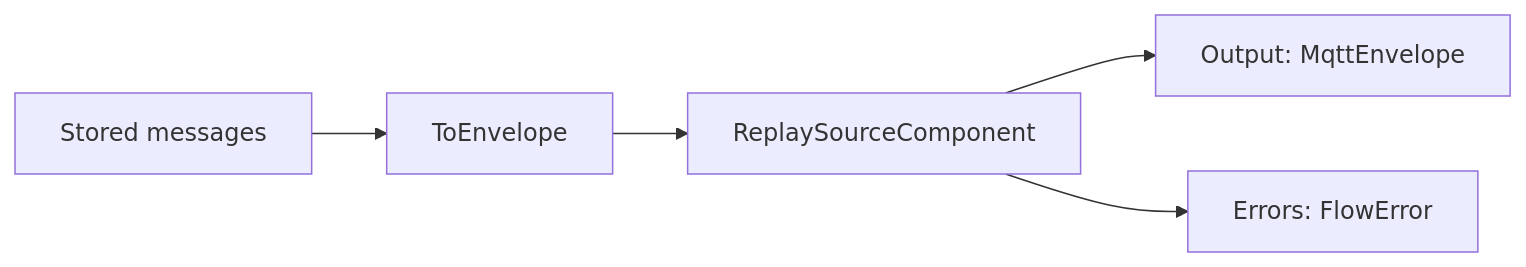
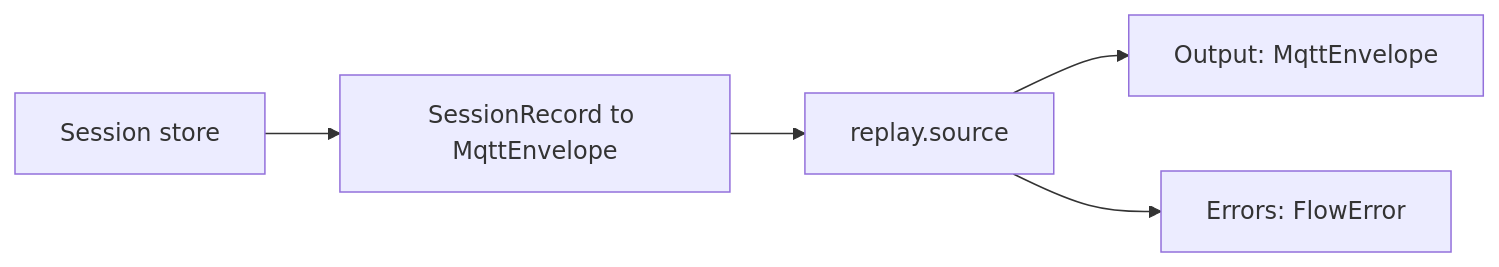
Before and after one commit to araxis/FluxMq: the first of 4 diagrams in docs/replay.md, drawn with Mermaid. The commit also changed other lines of this file and 18 other files, not shown here.

````diff
--- a/docs/replay.md
+++ b/docs/replay.md
@@ -20,7 +20,7 @@
 ```mermaid
 flowchart LR
-    Stored["Stored messages"] --> Convert["ToEnvelope"]
-    Convert --> Replay["ReplaySourceComponent"]
+    Store["Session store"] --> Convert["SessionRecord to MqttEnvelope"]
+    Convert --> Replay["replay.source"]
     Replay --> Output["Output: MqttEnvelope"]
     Replay --> Errors["Errors: FlowError"]
 ```
````
